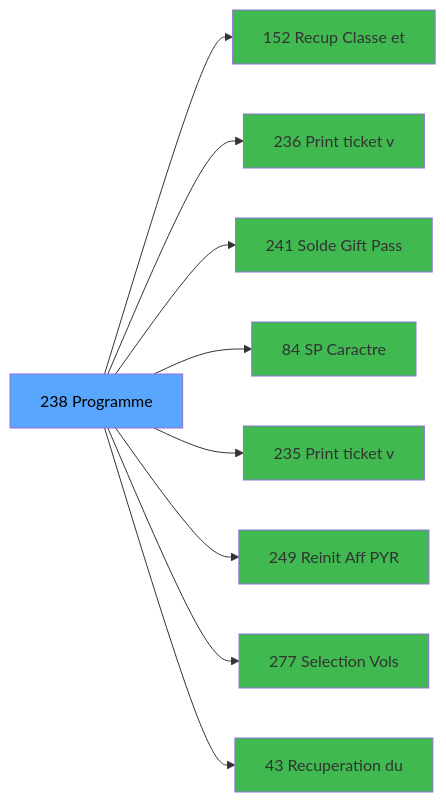
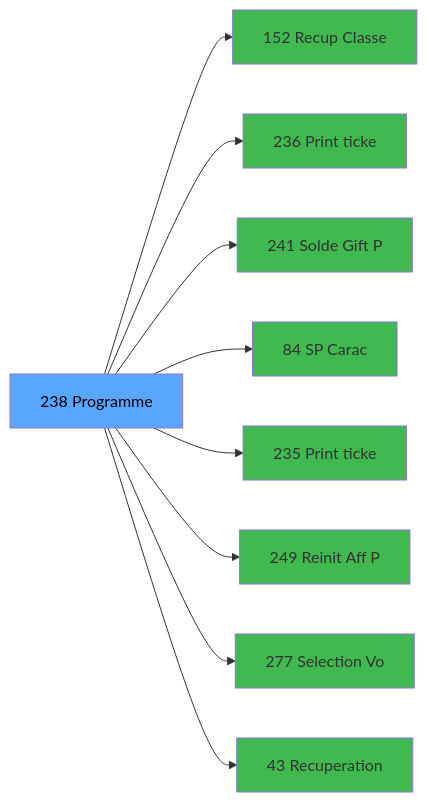
Before and after one commit to thonyAGP/magic-migration: the third of 3 diagrams in .openspec/specs/ADH-IDE-238.md, drawn with Mermaid. The commit also changed other lines of this file and 323 other files, not shown here.

````diff
--- a/.openspec/specs/ADH-IDE-238.md
+++ b/.openspec/specs/ADH-IDE-238.md
@@ -159,29 +197,29 @@
 ```mermaid
 graph LR
     T[238 Programme]
-    C152[152 Recup Classe et]
+    C152[152 Recup Classe]
     T --> C152
-    C236[236  Print ticket v]
+    C236[236  Print ticke]
     T --> C236
-    C241[241 Solde Gift Pass]
+    C241[241 Solde Gift P]
     T --> C241
-    C84[84     SP Caractre]
+    C84[84     SP Carac]
     T --> C84
-    C235[235  Print ticket v]
+    C235[235  Print ticke]
     T --> C235
-    C249[249 Reinit Aff PYR]
+    C249[249 Reinit Aff P]
     T --> C249
-    C277[277 Selection Vols ]
+    C277[277 Selection Vo]
     T --> C277
-    C43[43 Recuperation du]
+    C43[43 Recuperation]
     T --> C43
     style T fill:#58a6ff,color:#000
     style C152 fill:#3fb950
     style C236 fill:#3fb950
     style C241 fill:#3fb950
     style C84 fill:#3fb950
     style C235 fill:#3fb950
     style C249 fill:#3fb950
     style C277 fill:#3fb950
     style C43 fill:#3fb950
 ```
````
